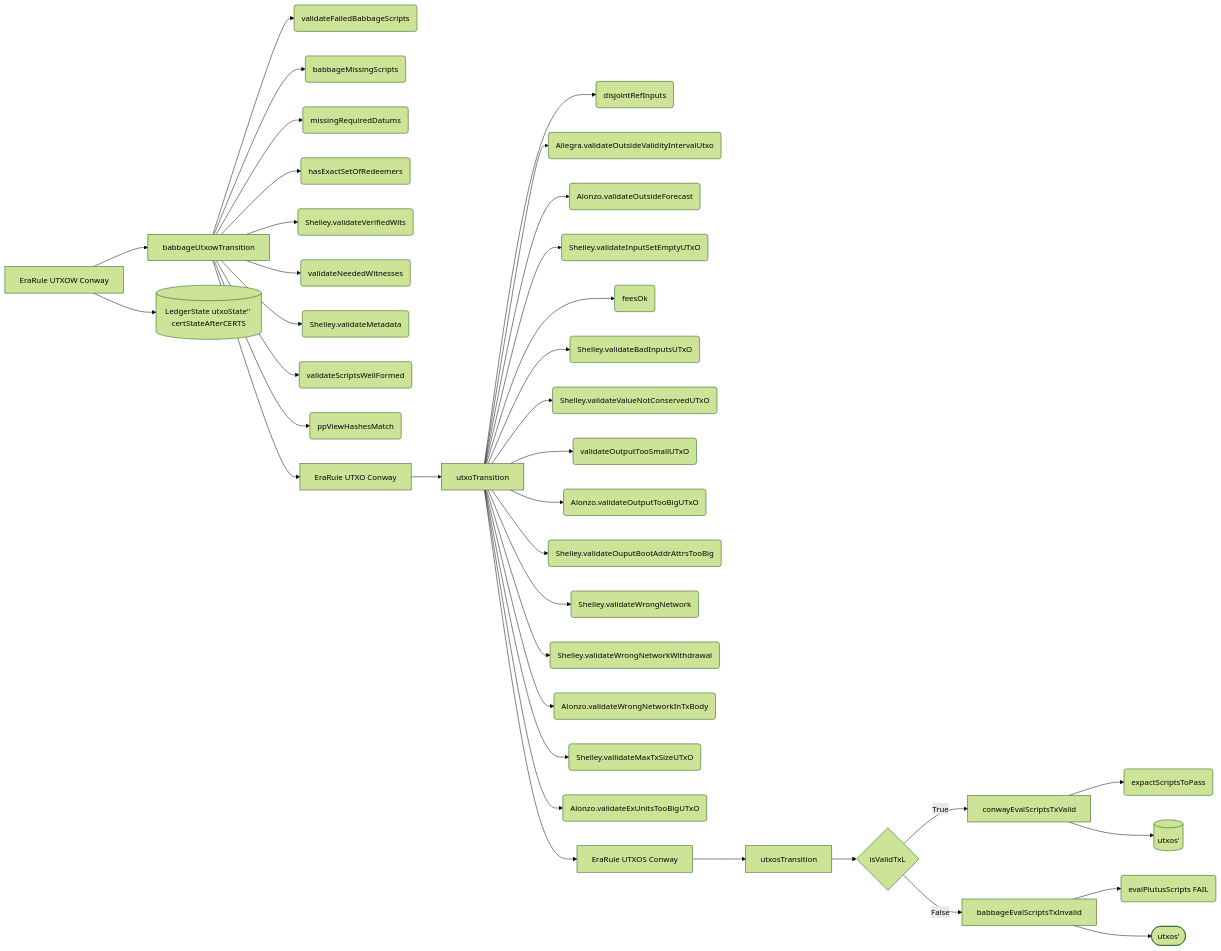
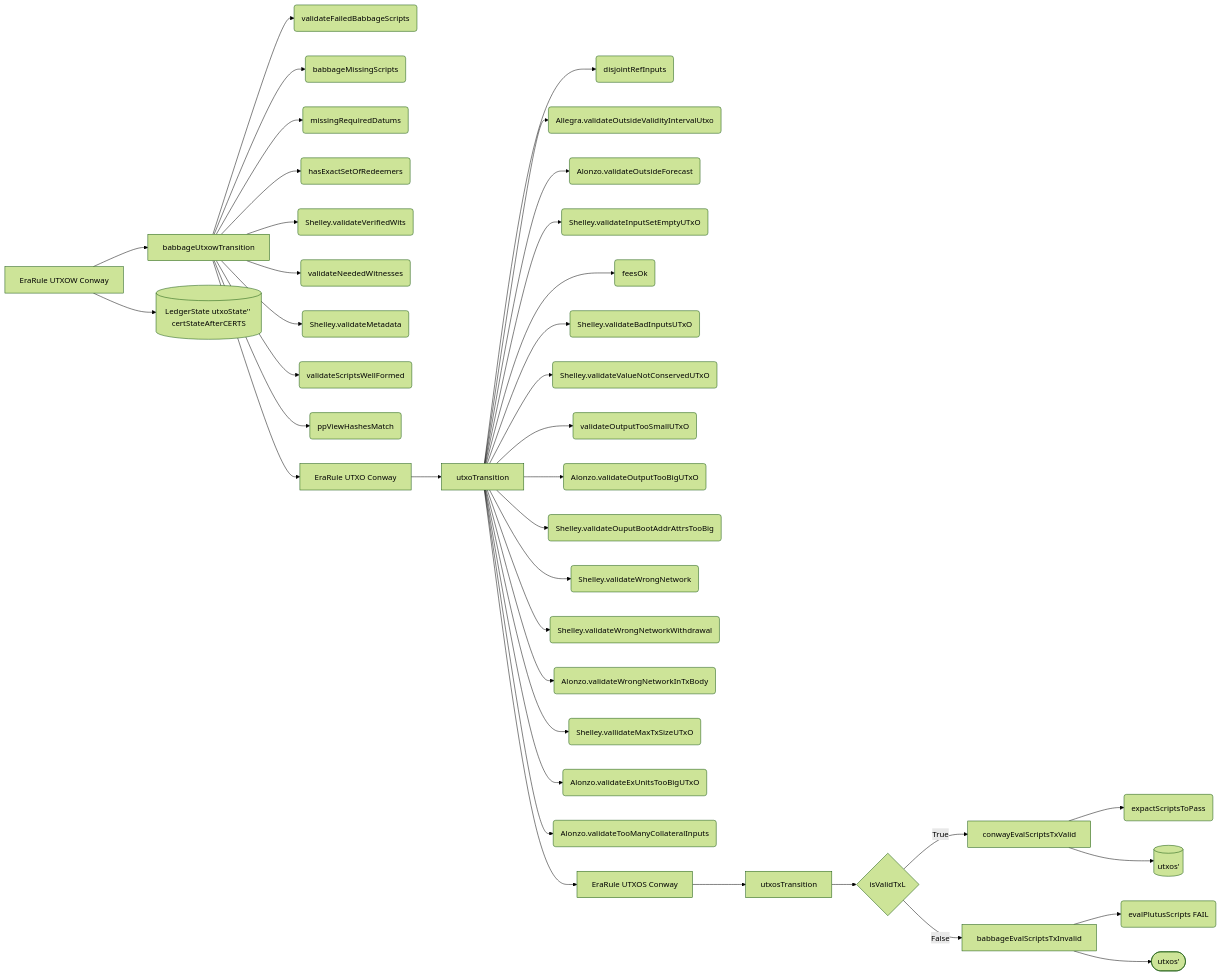
The fifth of 6 diagrams in src/ledger/block-validation.md (rkuhn/cardano-blueprint), drawn with Mermaid (forest theme) before and after one commit. The commit also changed other lines of this file, not shown here.

Commit message:
ledger: adding missing Alonzo.validateTooManyCollateralInputs rule into EraRule UTXOW and Full Diagram

````diff
--- a/src/ledger/block-validation.md
+++ b/src/ledger/block-validation.md
@@ -158,41 +158,42 @@
 ```mermaid
 flowchart LR
 EUC[EraRule UTXOW Conway]
     EUC --> babbageUtxowTransition
         babbageUtxowTransition --> validateFailedBabbageScripts(validateFailedBabbageScripts)
         babbageUtxowTransition --> babbageMissingScripts(babbageMissingScripts)
         babbageUtxowTransition --> missingRequiredDatums(missingRequiredDatums)
         babbageUtxowTransition --> hasExactSetOfRedeemers(hasExactSetOfRedeemers)
         babbageUtxowTransition --> validateVerifiedWits(Shelley.validateVerifiedWits)
         babbageUtxowTransition --> validateNeededWitnesses(validateNeededWitnesses)
         babbageUtxowTransition --> validateMetdata(Shelley.validateMetadata)
         babbageUtxowTransition --> validateScriptsWellFormed(validateScriptsWellFormed)
         babbageUtxowTransition --> ppViewHashesMatch(ppViewHashesMatch)
         babbageUtxowTransition --> EUTXOC[EraRule UTXO Conway]
             EUTXOC --> utxoTransition
                 utxoTransition --> disjointRefInputs(disjointRefInputs)
                 utxoTransition --> validateOutsideValidityIntervalUtxo(Allegra.validateOutsideValidityIntervalUtxo)
                 utxoTransition --> validateOutsideForecast(Alonzo.validateOutsideForecast)
                 utxoTransition --> validateInputSetEmptyUTxO(Shelley.validateInputSetEmptyUTxO)
                 utxoTransition --> feesOk(feesOk)
                 utxoTransition --> validateBadInputsUTxO(Shelley.validateBadInputsUTxO)
                 utxoTransition --> validateValueNotConservedUTxO(Shelley.validateValueNotConservedUTxO)
                 utxoTransition --> validateOutputTooSmallUTxO(validateOutputTooSmallUTxO)
                 utxoTransition --> validateOutputTooBigUTxO(Alonzo.validateOutputTooBigUTxO)
                 utxoTransition --> validateOutputBootAddrAttrsTooBig(Shelley.validateOuputBootAddrAttrsTooBig)
                 utxoTransition --> validateWrongNetwork(Shelley.validateWrongNetwork)
                 utxoTransition --> validateWrongNetworkWithdrawal(Shelley.validateWrongNetworkWithdrawal)
                 utxoTransition --> validateWrongNetworkInTxBody(Alonzo.validateWrongNetworkInTxBody)
                 utxoTransition --> validateMaxTxSizeUTxO(Shelley.vallidateMaxTxSizeUTxO)
                 utxoTransition --> validateExUnitsTooBigUTxO(Alonzo.validateExUnitsTooBigUTxO)
+                utxoTransition --> validateTooManyCollateralInputs(Alonzo.validateTooManyCollateralInputs)
                 utxoTransition --> EUTXOSC[EraRule UTXOS Conway]
                     EUTXOSC --> utxosTransition
                 utxosTransition --> isValidTxL{isValidTxL}
                     isValidTxL --> |True| conwayEvalScriptsTxValid
                         conwayEvalScriptsTxValid --> expectScriptsToPass(expactScriptsToPass)
                         conwayEvalScriptsTxValid --> conwayEvalScriptsTxValidUtxosPrime[(utxos')]
                     isValidTxL --> |False| babbageEvalScriptsTxInvalid
                         babbageEvalScriptsTxInvalid --> evalPlutusScripts(evalPlutusScripts FAIL)
                         babbageEvalScriptsTxInvalid --> babbageEvalScriptsTxInvalidUtxosPrime([utxos'])
     EUC --> LedgerState[(LedgerState utxoState'' certStateAfterCERTS)]
 ```
````
